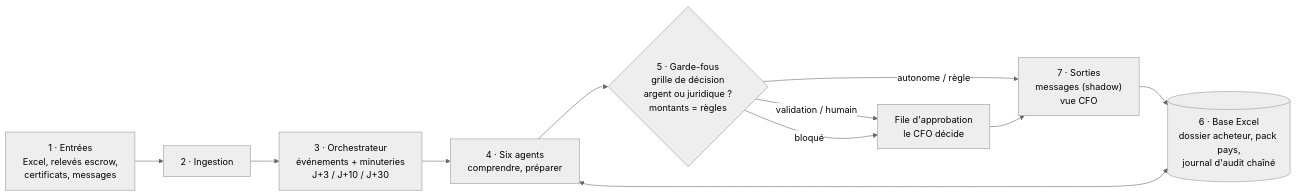
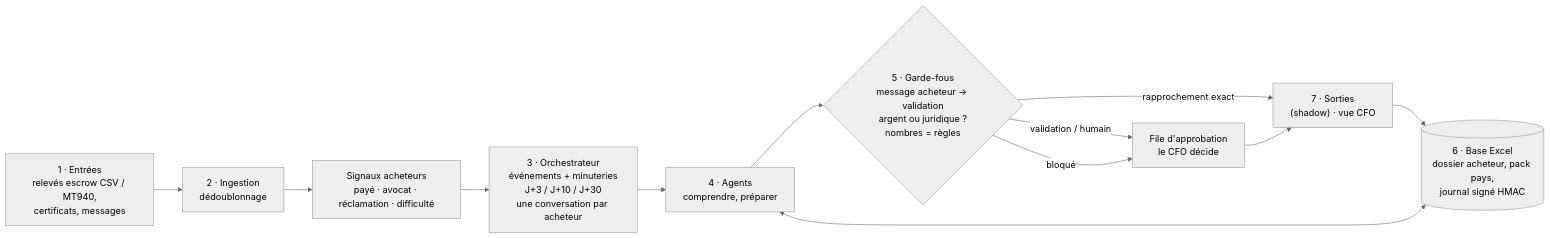
Before and after one commit to karamel75/Halden: the diagram in README.md, drawn with Mermaid (neutral theme). The commit also changed other lines of this file and 37 other files, not shown here.

````diff
--- a/README.md
+++ b/README.md
@@ -63,13 +103,14 @@
 ```mermaid
 flowchart LR
-  A["1 · Entrées<br/>Excel, relevés escrow,<br/>certificats, messages"] --> B["2 · Ingestion"]
-  B --> C["3 · Orchestrateur<br/>événements + minuteries<br/>J+3 / J+10 / J+30"]
-  C --> D["4 · Six agents<br/>comprendre, préparer"]
-  D --> E{"5 · Garde-fous<br/>grille de décision<br/>argent ou juridique ?<br/>montants = règles"}
-  E -- autonome / règle --> G["7 · Sorties<br/>messages (shadow)<br/>vue CFO"]
+  A["1 · Entrées<br/>relevés escrow CSV / MT940,<br/>certificats, messages"] --> B["2 · Ingestion<br/>dédoublonnage"]
+  B --> S["Signaux acheteurs<br/>payé · avocat · réclamation · difficulté"]
+  S --> C["3 · Orchestrateur<br/>événements + minuteries<br/>J+3 / J+10 / J+30<br/>une conversation par acheteur"]
+  C --> D["4 · Agents<br/>comprendre, préparer"]
+  D --> E{"5 · Garde-fous<br/>message acheteur → validation<br/>argent ou juridique ?<br/>nombres = règles"}
+  E -- rapprochement exact --> G["7 · Sorties<br/>(shadow) · vue CFO"]
   E -- validation / humain --> H["File d'approbation<br/>le CFO décide"]
   E -- bloqué --> H
   H --> G
-  F[("6 · Base Excel<br/>dossier acheteur, pack pays,<br/>journal d'audit chaîné")] <--> D
+  F[("6 · Base Excel<br/>dossier acheteur, pack pays,<br/>journal signé HMAC")] <--> D
   G --> F
 ```
````
